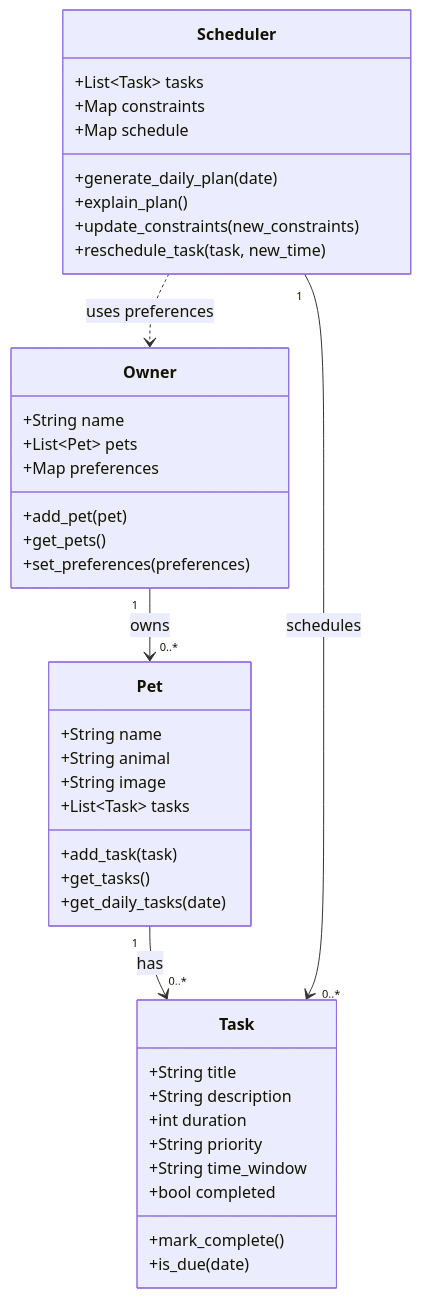
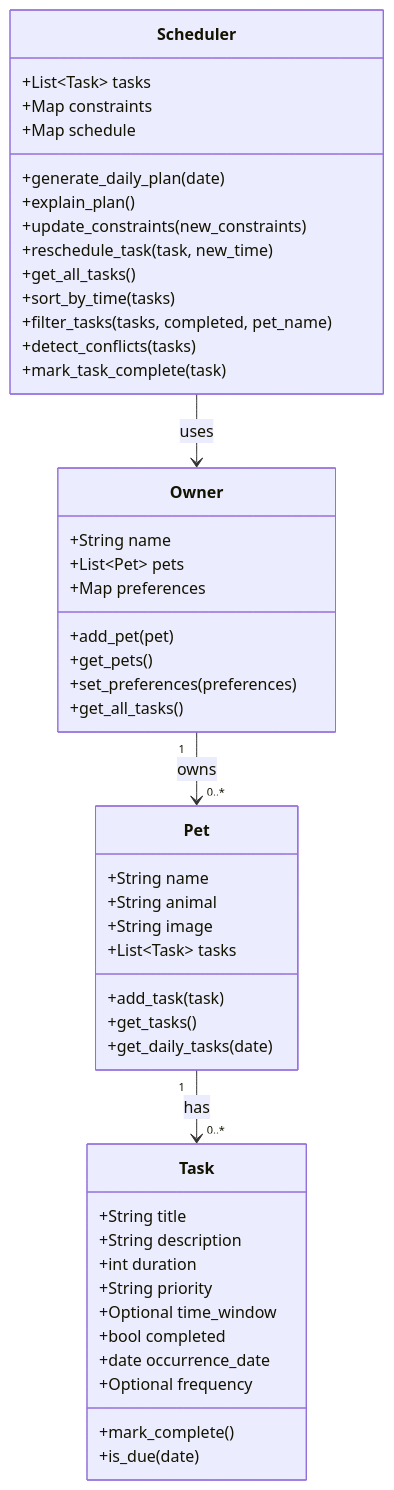
Before and after one commit to fiyinfoluwaafol/ai110-module2show-pawpal-starter: the diagram in reflection.md, drawn with Mermaid.

Commit message:
chore: update mermaid diagram

````diff
--- a/reflection.md
+++ b/reflection.md
@@ -74,47 +74,55 @@
 ```mermaid
 classDiagram
+    %% tasks on Scheduler is a read-only property (aggregates Owner.get_all_tasks())
     class Pet {
         +String name
         +String animal
         +String image
         +List~Task~ tasks
         +add_task(task)
         +get_tasks()
         +get_daily_tasks(date)
     }
 
     class Task {
         +String title
         +String description
         +int duration
         +String priority
-        +String time_window
+        +Optional time_window
         +bool completed
+        +date occurrence_date
+        +Optional frequency
         +mark_complete()
         +is_due(date)
     }
 
     class Owner {
         +String name
         +List~Pet~ pets
         +Map preferences
         +add_pet(pet)
         +get_pets()
         +set_preferences(preferences)
+        +get_all_tasks()
     }
 
     class Scheduler {
         +List~Task~ tasks
         +Map constraints
         +Map schedule
         +generate_daily_plan(date)
         +explain_plan()
         +update_constraints(new_constraints)
         +reschedule_task(task, new_time)
+        +get_all_tasks()
+        +sort_by_time(tasks)
+        +filter_tasks(tasks, completed, pet_name)
+        +detect_conflicts(tasks)
+        +mark_task_complete(task)
     }
 
     Owner "1" --> "0..*" Pet : owns
     Pet "1" --> "0..*" Task : has
-    Scheduler "1" --> "0..*" Task : schedules
-    Scheduler ..> Owner : uses preferences
+    Scheduler --> Owner : uses
 ```
````
